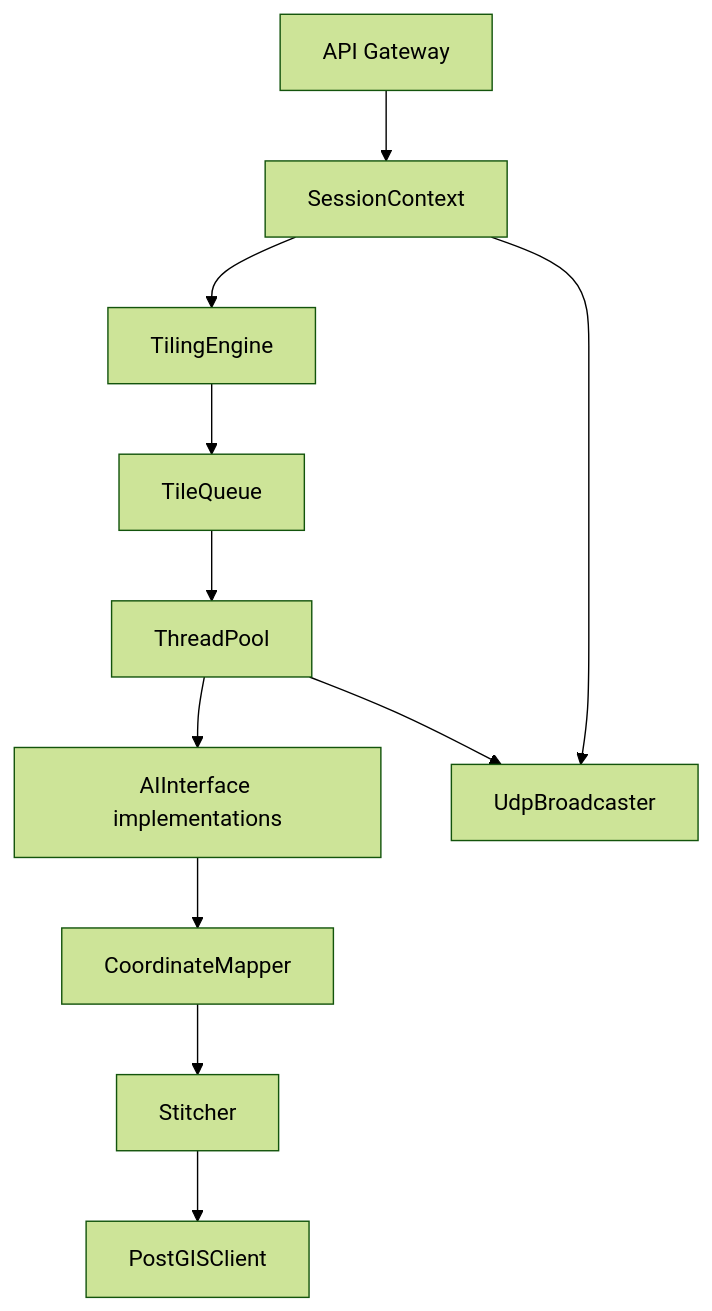
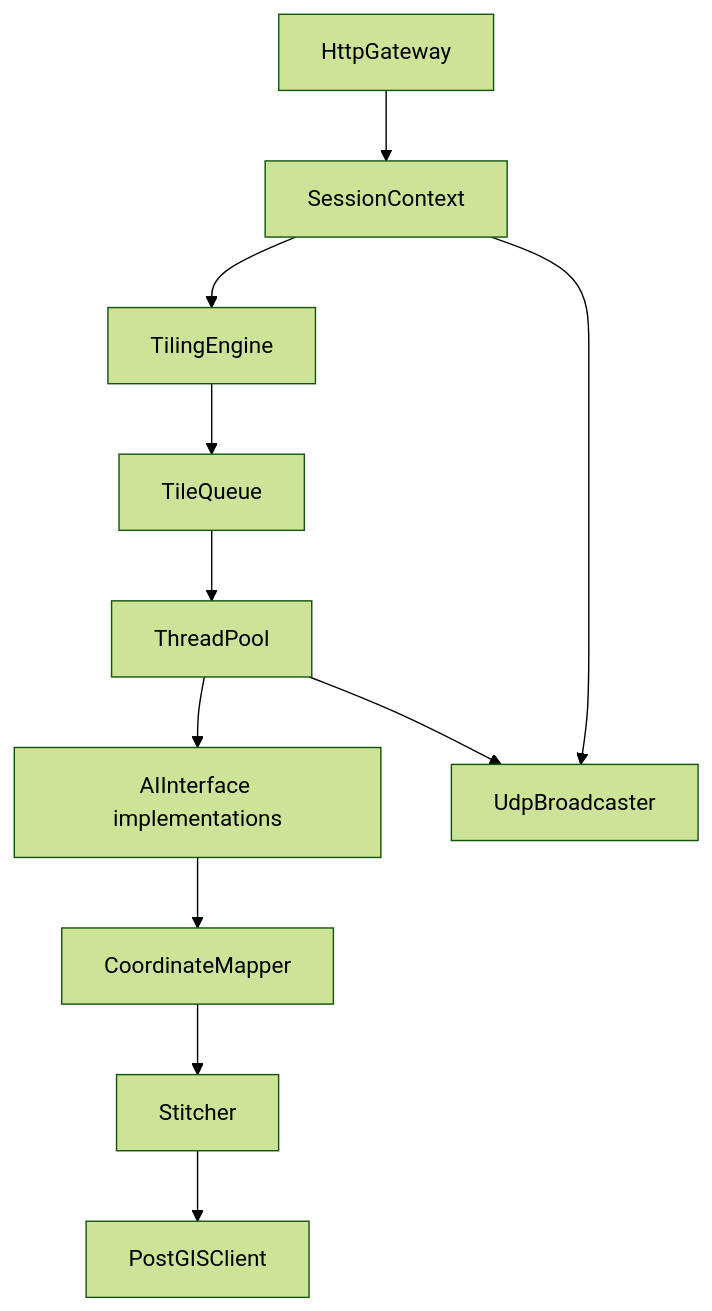
One commit to Dinhthuy2k5/remote-sensing-pipeline changed the third of 5 diagrams in docs/ARCHITECTURE.md. Above: the diagram before and after it, drawn with Mermaid (forest theme). The commit also changed other lines of this file and 5 other files, not shown here.

````diff
--- a/docs/ARCHITECTURE.md
+++ b/docs/ARCHITECTURE.md
@@ -94,24 +91,24 @@
 ```mermaid
 flowchart TB
-    API["API Gateway"]
+    API["HttpGateway"]
     Session["SessionContext"]
     Engine["TilingEngine"]
     Queue["TileQueue"]
     Pool["ThreadPool"]
     Backends["AIInterface implementations"]
     Mapper["CoordinateMapper"]
     Stitch["Stitcher"]
     Client["PostGISClient"]
     Metrics["UdpBroadcaster"]
 
     API --> Session
     Session --> Engine
     Engine --> Queue
     Queue --> Pool
     Pool --> Backends
     Backends --> Mapper
     Mapper --> Stitch
     Stitch --> Client
     Session --> Metrics
     Pool --> Metrics
 ```
````
